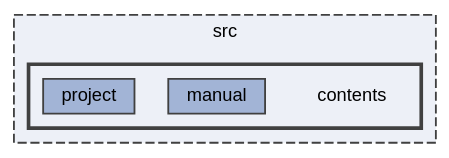
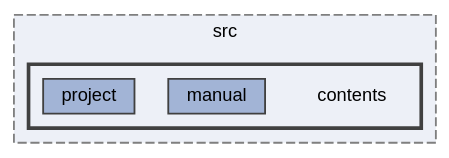
One commit to yamavol/hello-doxygen changed the diagram in dir_d4c8b9a9b865a83025de72664c6a709e_dep.dot. Above: the diagram before and after it, drawn with Graphviz. The commit also changed 100 other files, not shown here.

```diff
--- a/dir_d4c8b9a9b865a83025de72664c6a709e_dep.dot
+++ b/dir_d4c8b9a9b865a83025de72664c6a709e_dep.dot
@@ -1,17 +1,17 @@
-digraph "src/contents"
+digraph "doc/src/contents"
 {
  // LATEX_PDF_SIZE
   bgcolor="transparent";
   edge [fontname=Helvetica,fontsize=10,labelfontname=Helvetica,labelfontsize=10];
   node [fontname=Helvetica,fontsize=10,shape=box,height=0.2,width=0.4];
   compound=true
   subgraph clusterdir_61c9e5842729cb34568d93cb98ad85b9 {
-    graph [ bgcolor="#edf0f7", pencolor="grey25", label="src", fontname=Helvetica,fontsize=10 style="filled,dashed", URL="dir_61c9e5842729cb34568d93cb98ad85b9.html",tooltip=""]
+    graph [ bgcolor="#edf0f7", pencolor="grey50", label="src", fontname=Helvetica,fontsize=10 style="filled,dashed", URL="dir_61c9e5842729cb34568d93cb98ad85b9.html",tooltip=""]
   subgraph clusterdir_d4c8b9a9b865a83025de72664c6a709e {
     graph [ bgcolor="#edf0f7", pencolor="grey25", label="", fontname=Helvetica,fontsize=10 style="filled,bold", URL="dir_d4c8b9a9b865a83025de72664c6a709e.html",tooltip=""]
     dir_d4c8b9a9b865a83025de72664c6a709e [shape=plaintext, label="contents"];
   dir_4a6de2ed05279747e4dc401c8b5abb68 [label="manual", fillcolor="#a2b4d6", color="grey25", style="filled", URL="dir_4a6de2ed05279747e4dc401c8b5abb68.html",tooltip=""];
   dir_a748bd10570192ad439f91b31ab4c732 [label="project", fillcolor="#a2b4d6", color="grey25", style="filled", URL="dir_a748bd10570192ad439f91b31ab4c732.html",tooltip=""];
   }
   }
 }
```
